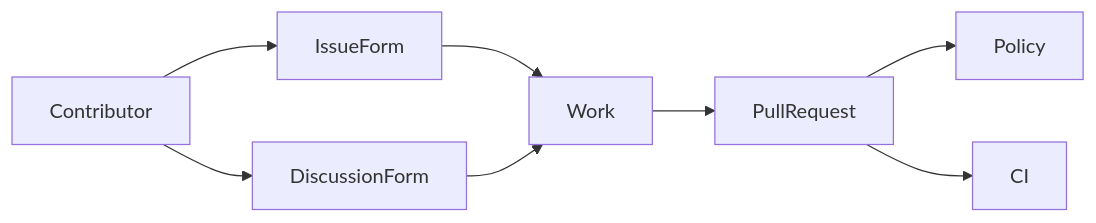
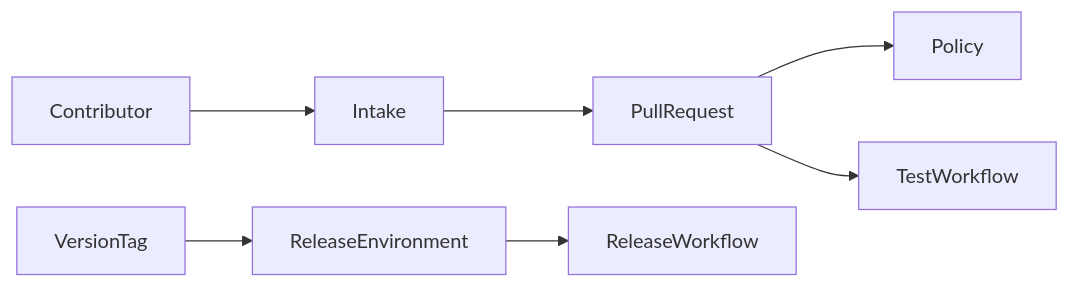
Before and after one commit to streamentry/AGENTOWNERS: the first of 3 diagrams in .github/AGENTS.md, drawn with Mermaid. The commit also changed other lines of this file and 13 other files, not shown here.

````diff
--- a/.github/AGENTS.md
+++ b/.github/AGENTS.md
@@ -20,10 +21,8 @@
 ```mermaid
 flowchart LR
-  Contributor --> IssueForm
-  Contributor --> DiscussionForm
-  IssueForm --> Work
-  DiscussionForm --> Work
-  Work --> PullRequest
+  Contributor --> Intake
+  Intake --> PullRequest
   PullRequest --> Policy
-  PullRequest --> CI
+  PullRequest --> TestWorkflow
+  VersionTag --> ReleaseEnvironment --> ReleaseWorkflow
 ```
````
